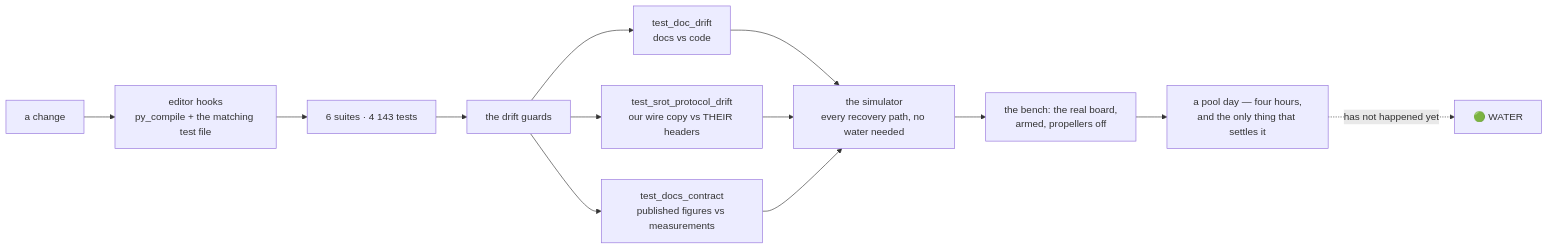
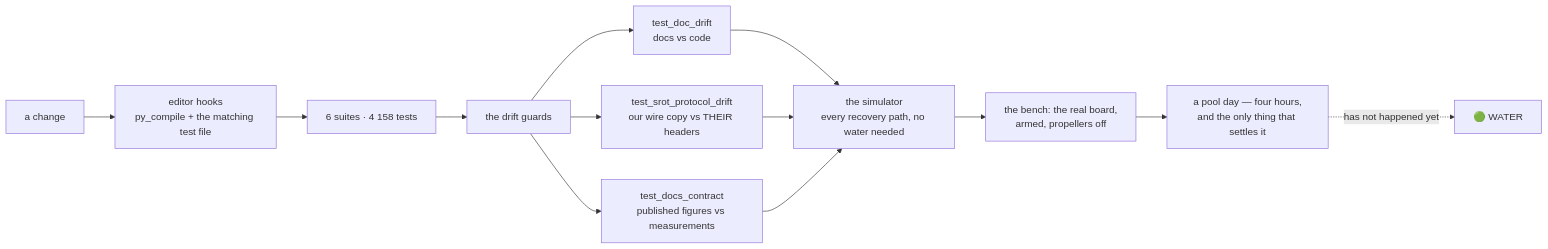
One commit to fh1m/mongla_ws changed the ninth of 10 diagrams in README.md. Above: the diagram before and after it, drawn with Mermaid. The commit also changed other lines of this file and 8 other files, not shown here.

````diff
--- a/README.md
+++ b/README.md
@@ -752,15 +752,15 @@
 ```mermaid
 flowchart LR
     DEV["a change"] --> HOOK["editor hooks<br/>py_compile + the matching test file"]
-    HOOK --> UNIT["6 suites · 4 143 tests"]
+    HOOK --> UNIT["6 suites · 4 158 tests"]
     UNIT --> GUARD["the drift guards"]
     GUARD --> G1["test_doc_drift<br/>docs vs code"]
     GUARD --> G2["test_srot_protocol_drift<br/>our wire copy vs THEIR headers"]
     GUARD --> G3["test_docs_contract<br/>published figures vs measurements"]
     G1 --> SIM["the simulator<br/>every recovery path, no water needed"]
     G2 --> SIM
     G3 --> SIM
     SIM --> BENCH["the bench: the real board,<br/>armed, propellers off"]
     BENCH --> POOL["a pool day — four hours,<br/>and the only thing that settles it"]
     POOL -.->|"has not happened yet"| WATER["🟢 WATER"]
 ```
````
